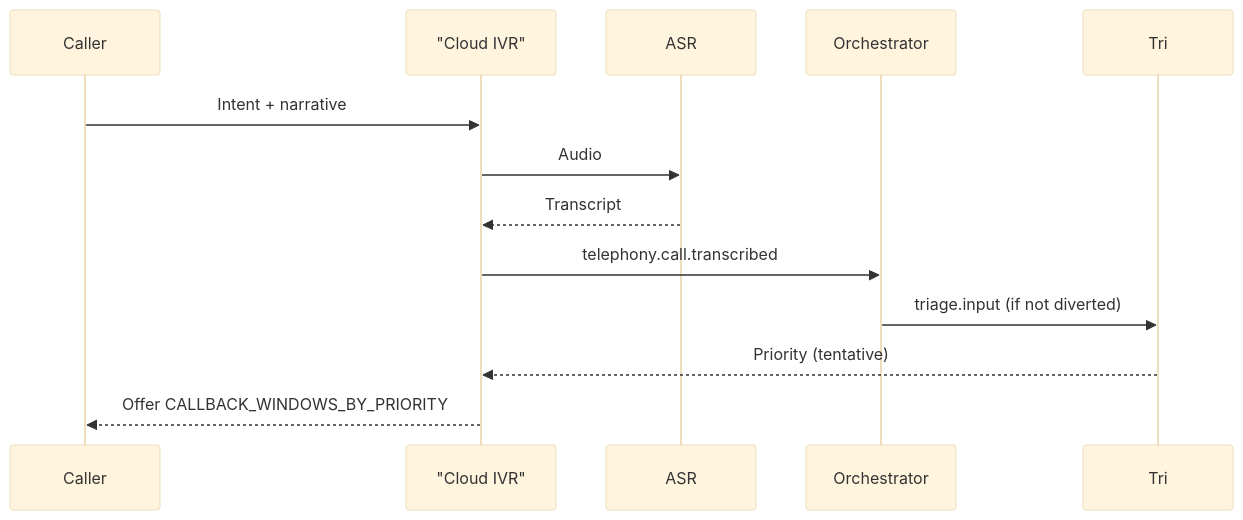
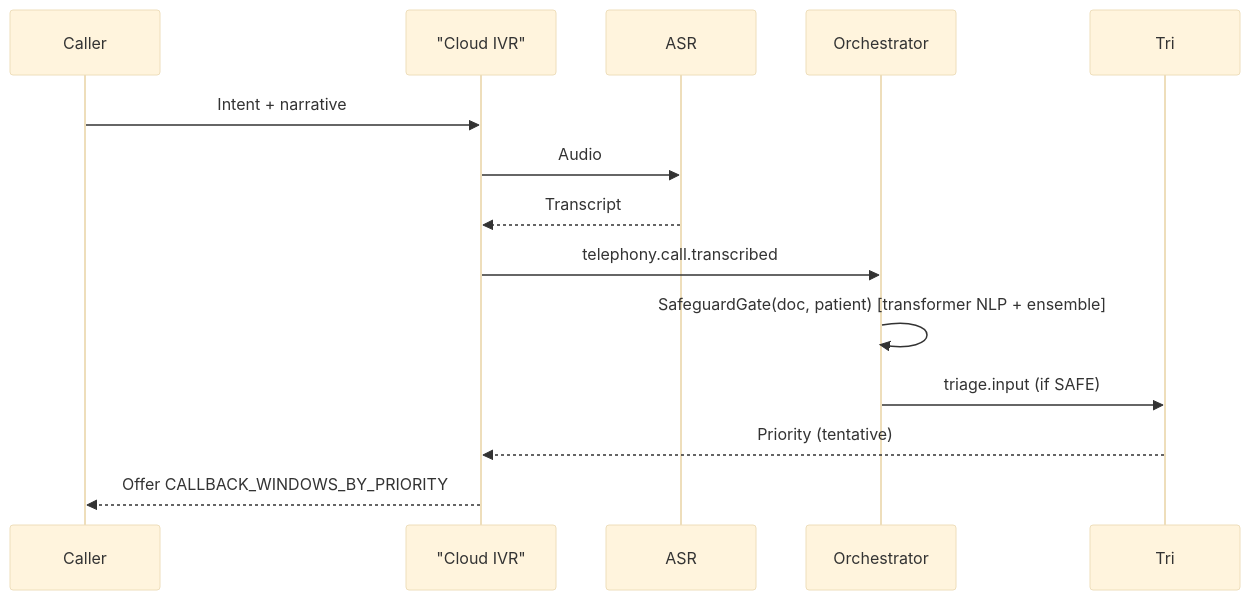
One commit to georgeahmed/onecare changed the third of 12 diagrams in Algorithm.md. Above: the diagram before and after it, drawn with Mermaid (base theme). The commit also changed other lines of this file, not shown here.

````diff
--- a/Algorithm.md
+++ b/Algorithm.md
@@ -194,15 +207,16 @@
 ```mermaid
 sequenceDiagram
   participant Caller
   participant IVR as "Cloud IVR"
   participant ASR
   participant Orc as Orchestrator
   participant Tri
   Caller->>IVR: Intent + narrative
   IVR->>ASR: Audio
   ASR-->>IVR: Transcript
   IVR->>Orc: telephony.call.transcribed
-  Orc->>Tri: triage.input (if not diverted)
+  Orc->>Orc: SafeguardGate(doc, patient) [transformer NLP + ensemble]
+  Orc->>Tri: triage.input (if SAFE)
   Tri-->>IVR: Priority (tentative)
   IVR-->>Caller: Offer CALLBACK_WINDOWS_BY_PRIORITY
 ```
````
